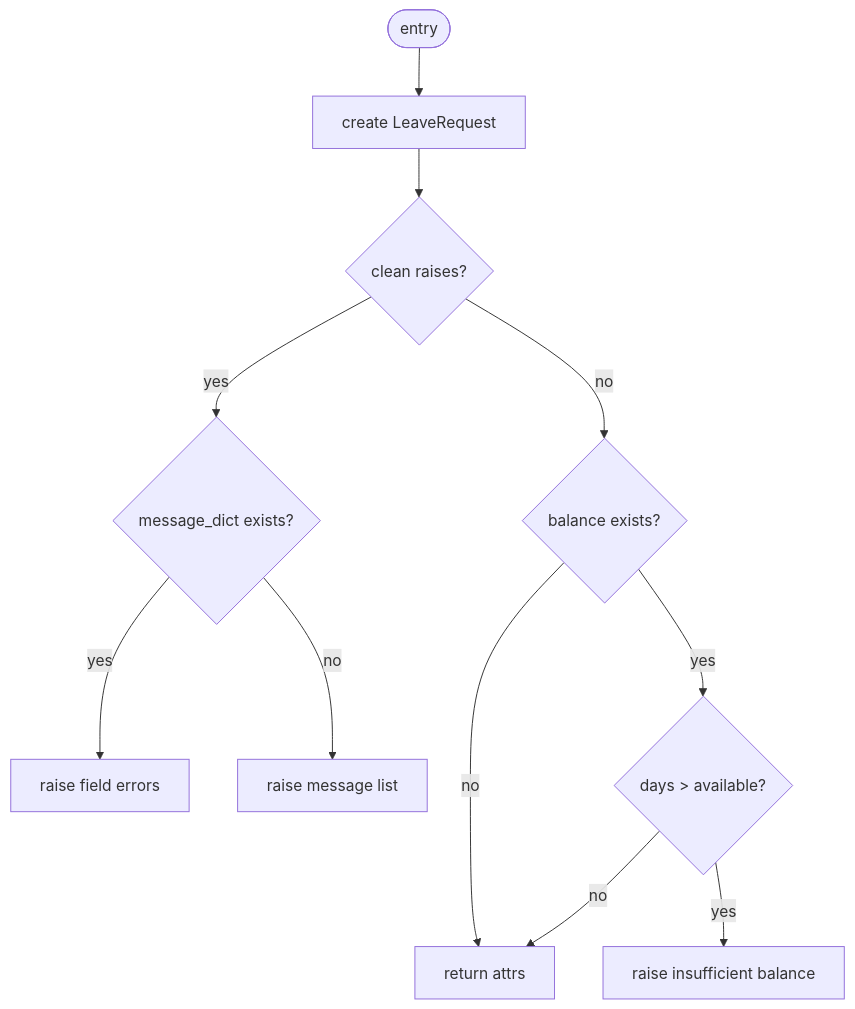
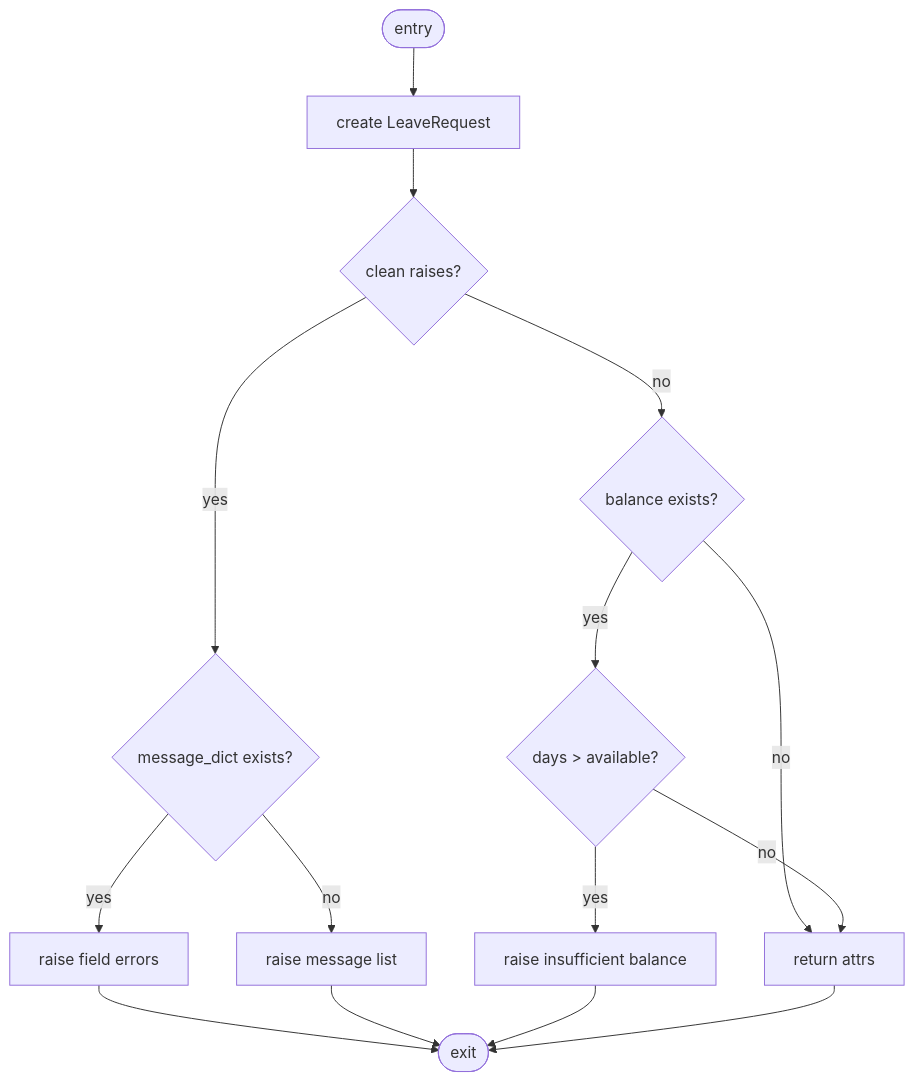
The diagram in docs/sqe/evidence/area1/cfg/critical-module.mmd (eshalfatima2006/LeaveFlow), drawn with Mermaid before and after one commit. The commit also changed 39 other files, not shown here.

```diff
--- a/docs/sqe/evidence/area1/cfg/critical-module.mmd
+++ b/docs/sqe/evidence/area1/cfg/critical-module.mmd
@@ -1,11 +1,15 @@
 flowchart TD
     S([entry]) --> C[create LeaveRequest]
     C --> P1{clean raises?}
     P1 -- yes --> P2{message_dict exists?}
     P2 -- yes --> E1[raise field errors]
     P2 -- no --> E2[raise message list]
     P1 -- no --> P3{balance exists?}
     P3 -- no --> R[return attrs]
     P3 -- yes --> P4{days > available?}
     P4 -- yes --> E3[raise insufficient balance]
     P4 -- no --> R
+    E1 --> X([exit])
+    E2 --> X
+    E3 --> X
+    R --> X
```
